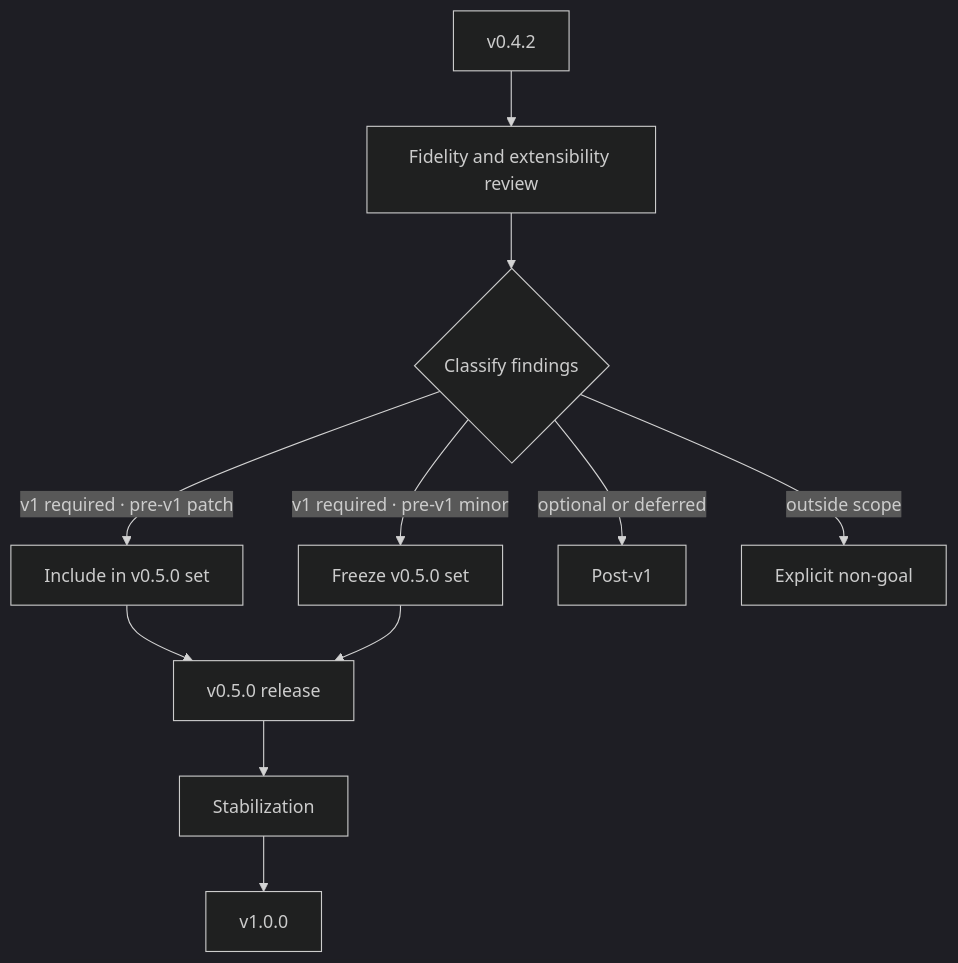
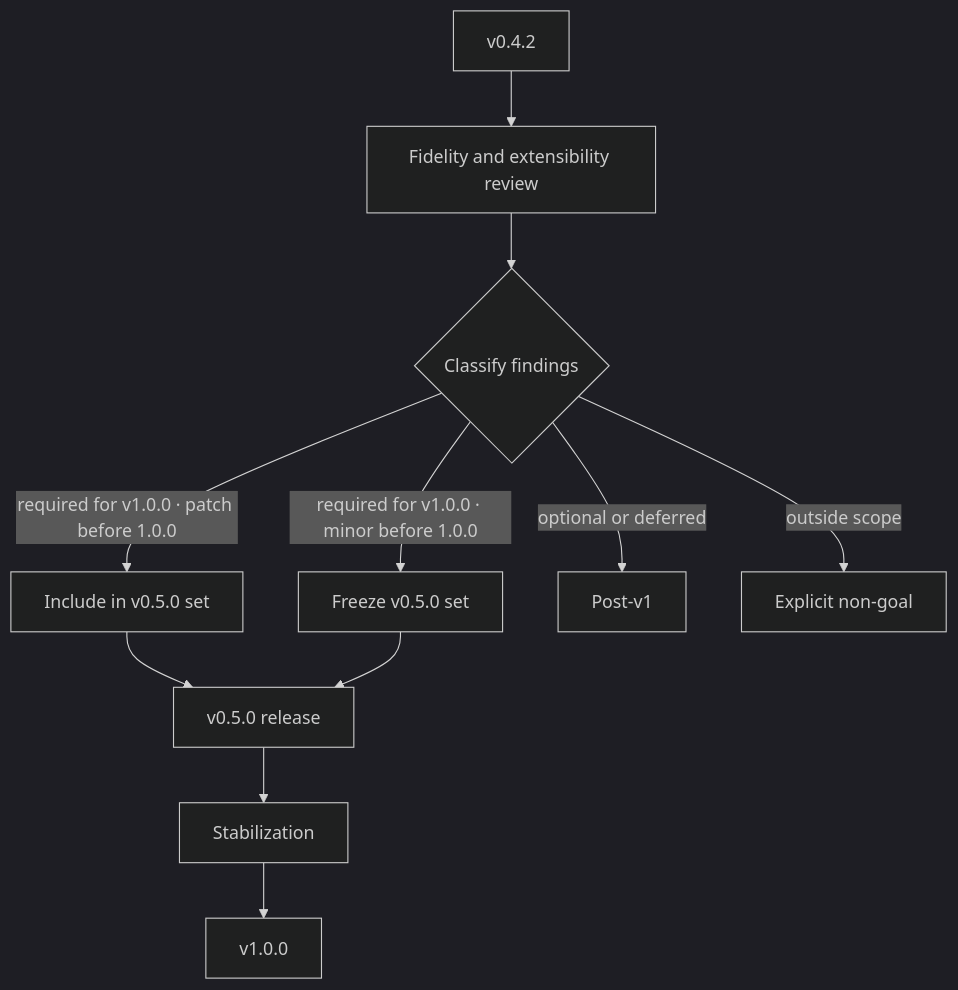
The diagram in docs/roadmap.md (electrohyun/smocket), drawn with Mermaid (dark theme) before and after one commit. The commit also changed other lines of this file and 3 other files, not shown here.

````diff
--- a/docs/roadmap.md
+++ b/docs/roadmap.md
@@ -141,15 +142,15 @@
 ```mermaid
 flowchart TD
     A["v0.4.2"] --> B["Fidelity and extensibility review"]
     B --> C{"Classify findings"}
 
-    C -->|"v1 required · pre-v1 patch"| D["Include in v0.5.0 set"]
-    C -->|"v1 required · pre-v1 minor"| E["Freeze v0.5.0 set"]
+    C -->|"required for v1.0.0 · patch before 1.0.0"| D["Include in v0.5.0 set"]
+    C -->|"required for v1.0.0 · minor before 1.0.0"| E["Freeze v0.5.0 set"]
     C -->|"optional or deferred"| F["Post-v1"]
     C -->|"outside scope"| G["Explicit non-goal"]
 
     D --> H["v0.5.0 release"]
     E --> H
     H --> K["Stabilization"]
     K --> L["v1.0.0"]
 ```
````
